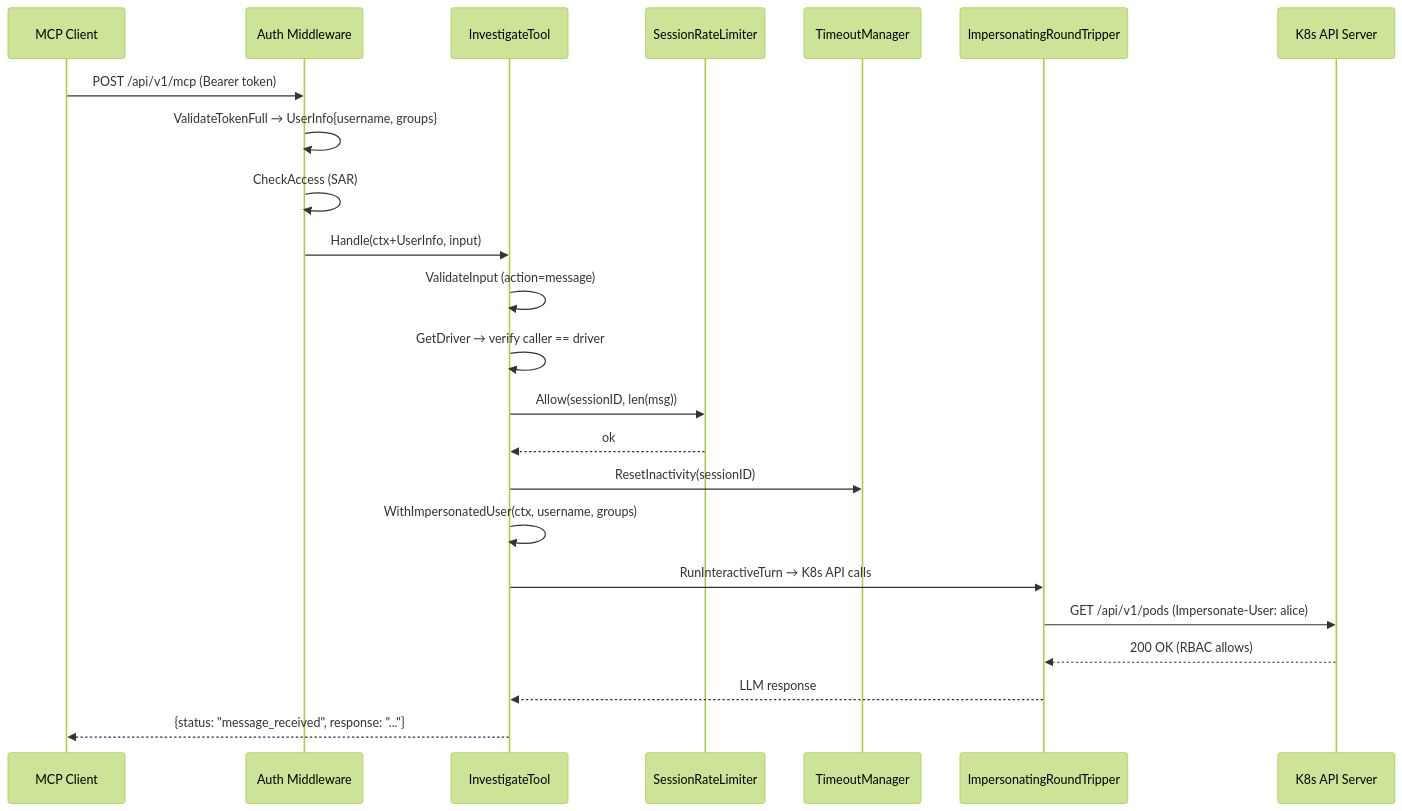
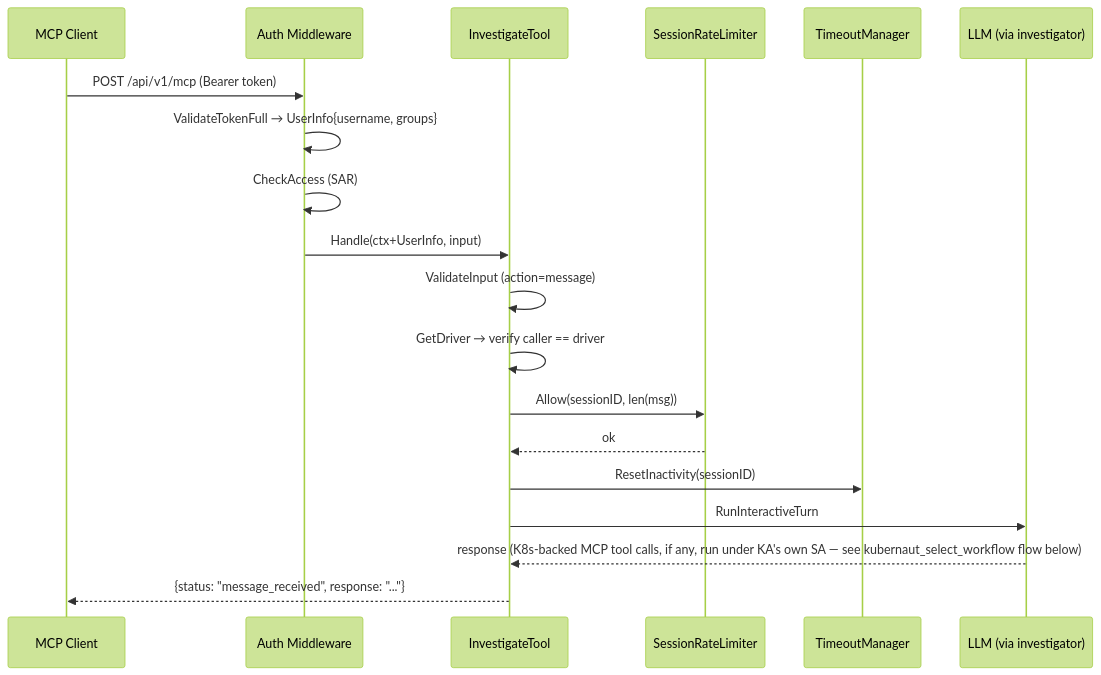
The second of 4 diagrams in docs/architecture/INTERACTIVE_MODE_ARCHITECTURE.md (jordigilh/kubernaut), drawn with Mermaid (forest theme) before and after one commit. The commit also changed other lines of this file and 26 other files, not shown here.

````diff
--- a/docs/architecture/INTERACTIVE_MODE_ARCHITECTURE.md
+++ b/docs/architecture/INTERACTIVE_MODE_ARCHITECTURE.md
@@ -73,29 +82,25 @@
 ```mermaid
 sequenceDiagram
     participant Client as MCP Client
     participant MW as Auth Middleware
     participant IT as InvestigateTool
     participant SRL as SessionRateLimiter
     participant TM as TimeoutManager
-    participant IRT as ImpersonatingRoundTripper
-    participant K8S as K8s API Server
+    participant LLM as LLM (via investigator)
 
     Client->>MW: POST /api/v1/mcp (Bearer token)
     MW->>MW: ValidateTokenFull → UserInfo{username, groups}
     MW->>MW: CheckAccess (SAR)
     MW->>IT: Handle(ctx+UserInfo, input)
 
     IT->>IT: ValidateInput (action=message)
     IT->>IT: GetDriver → verify caller == driver
     IT->>SRL: Allow(sessionID, len(msg))
     SRL-->>IT: ok
 
     IT->>TM: ResetInactivity(sessionID)
-    IT->>IT: WithImpersonatedUser(ctx, username, groups)
-    IT->>IRT: RunInteractiveTurn → K8s API calls
-    IRT->>K8S: GET /api/v1/pods (Impersonate-User: alice)
-    K8S-->>IRT: 200 OK (RBAC allows)
-    IRT-->>IT: LLM response
+    IT->>LLM: RunInteractiveTurn
+    LLM-->>IT: response (K8s-backed MCP tool calls, if any, run under KA's own SA — see kubernaut_select_workflow flow below)
 
     IT-->>Client: {status: "message_received", response: "..."}
 ```
````
